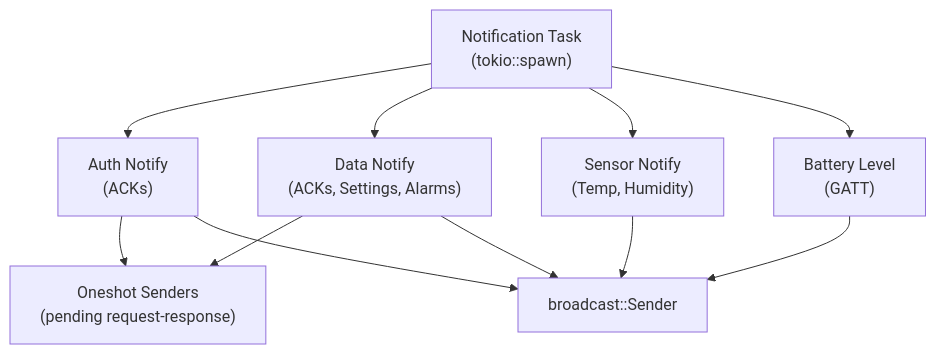
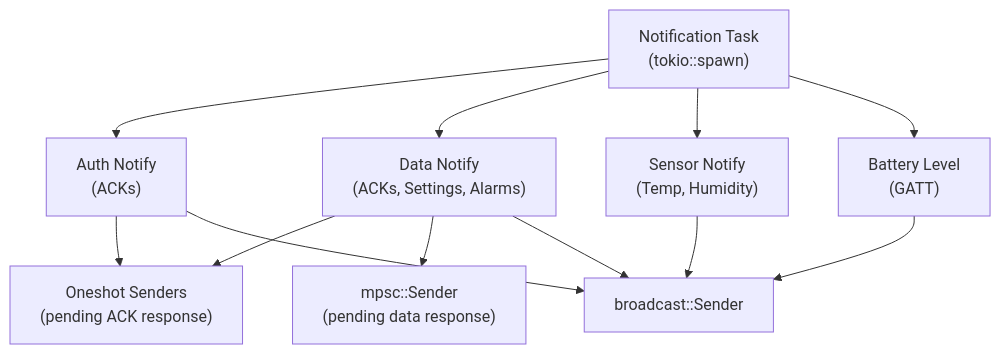
The fifth of 9 diagrams in concepts/planned/CGD1-RS.md (smearor/cgd1-rs), drawn with Mermaid before and after one commit. The commit also changed other lines of this file, not shown here.

````diff
--- a/concepts/planned/CGD1-RS.md
+++ b/concepts/planned/CGD1-RS.md
@@ -886,29 +887,32 @@
 ```mermaid
 flowchart TB
     notifyTask["Notification Task
     (tokio::spawn)"]
     authNotify["Auth Notify
     (ACKs)"]
     dataNotify["Data Notify
     (ACKs, Settings, Alarms)"]
     sensorNotify["Sensor Notify
     (Temp, Humidity)"]
     batteryNotify["Battery Level
     (GATT)"]
     eventChannel["broadcast::Sender
     <ClockEvent>"]
-    oneshotMap["Oneshot Senders
-    (pending request-response)"]
+    ackMap["Oneshot Senders
+    (pending ACK response)"]
+    dataChannel["mpsc::Sender
+    (pending data response)"]
 
     notifyTask --> authNotify
     notifyTask --> dataNotify
     notifyTask --> sensorNotify
     notifyTask --> batteryNotify
 
-    authNotify --> oneshotMap
-    dataNotify --> oneshotMap
+    authNotify --> ackMap
+    dataNotify --> ackMap
+    dataNotify --> dataChannel
     sensorNotify --> eventChannel
     batteryNotify --> eventChannel
     authNotify --> eventChannel
     dataNotify --> eventChannel
 ```
````
